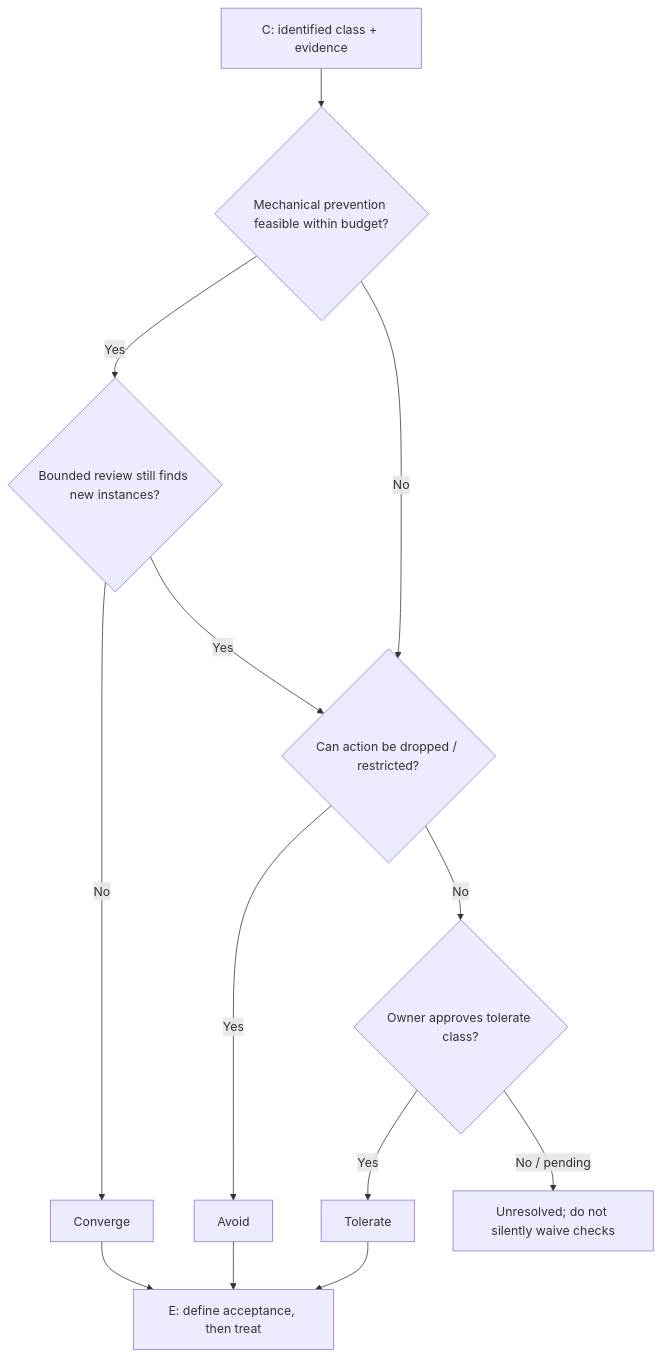
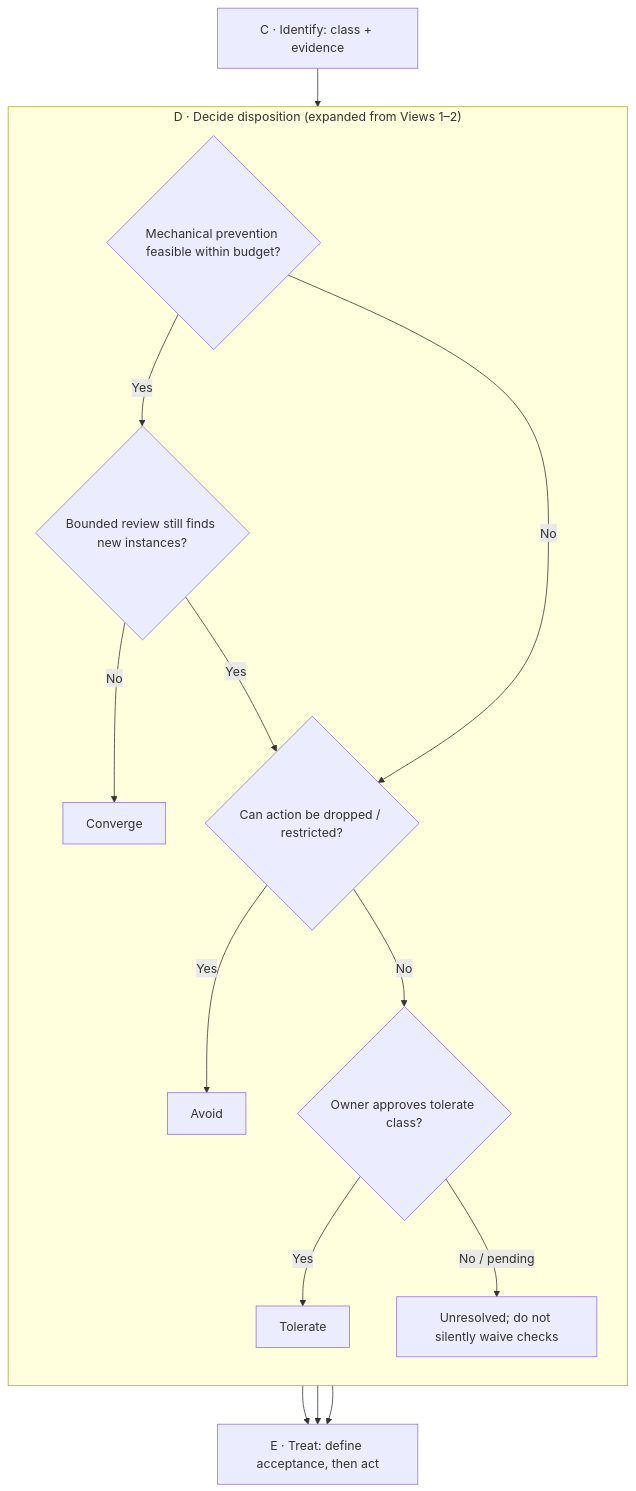
The third of 3 diagrams in docs/discussions/error-handling/README.md (dyphn1/Harness-everything), drawn with Mermaid before and after one commit. The commit also changed other lines of this file, not shown here.

Commit message:
docs(discussion): relate activity overview to composition and action detail views

````diff
--- a/docs/discussions/error-handling/README.md
+++ b/docs/discussions/error-handling/README.md
@@ -117,15 +129,19 @@
 ```mermaid
 flowchart TD
-    IN["C: identified class + evidence"] --> Q{"Mechanical prevention feasible within budget?"}
-    Q -->|Yes| R{"Bounded review still finds new instances?"}
-    R -->|No| C["Converge"]
-    R -->|Yes| A{"Can action be dropped / restricted?"}
-    Q -->|No| A
-    A -->|Yes| V["Avoid"]
-    A -->|No| T{"Owner approves tolerate class?"}
-    T -->|Yes| TOL["Tolerate"]
-    T -->|No / pending| WAIT["Unresolved; do not silently waive checks"]
-    C --> OUT["E: define acceptance, then treat"]
+    IN["C · Identify: class + evidence"] --> Q
+    subgraph D_DETAIL["D · Decide disposition (expanded from Views 1–2)"]
+        direction TB
+        Q{"Mechanical prevention feasible within budget?"}
+        Q -->|Yes| R{"Bounded review still finds new instances?"}
+        R -->|No| C["Converge"]
+        R -->|Yes| A{"Can action be dropped / restricted?"}
+        Q -->|No| A
+        A -->|Yes| V["Avoid"]
+        A -->|No| T{"Owner approves tolerate class?"}
+        T -->|Yes| TOL["Tolerate"]
+        T -->|No / pending| WAIT["Unresolved; do not silently waive checks"]
+    end
+    C --> OUT["E · Treat: define acceptance, then act"]
     V --> OUT
     TOL --> OUT
 ```
````
